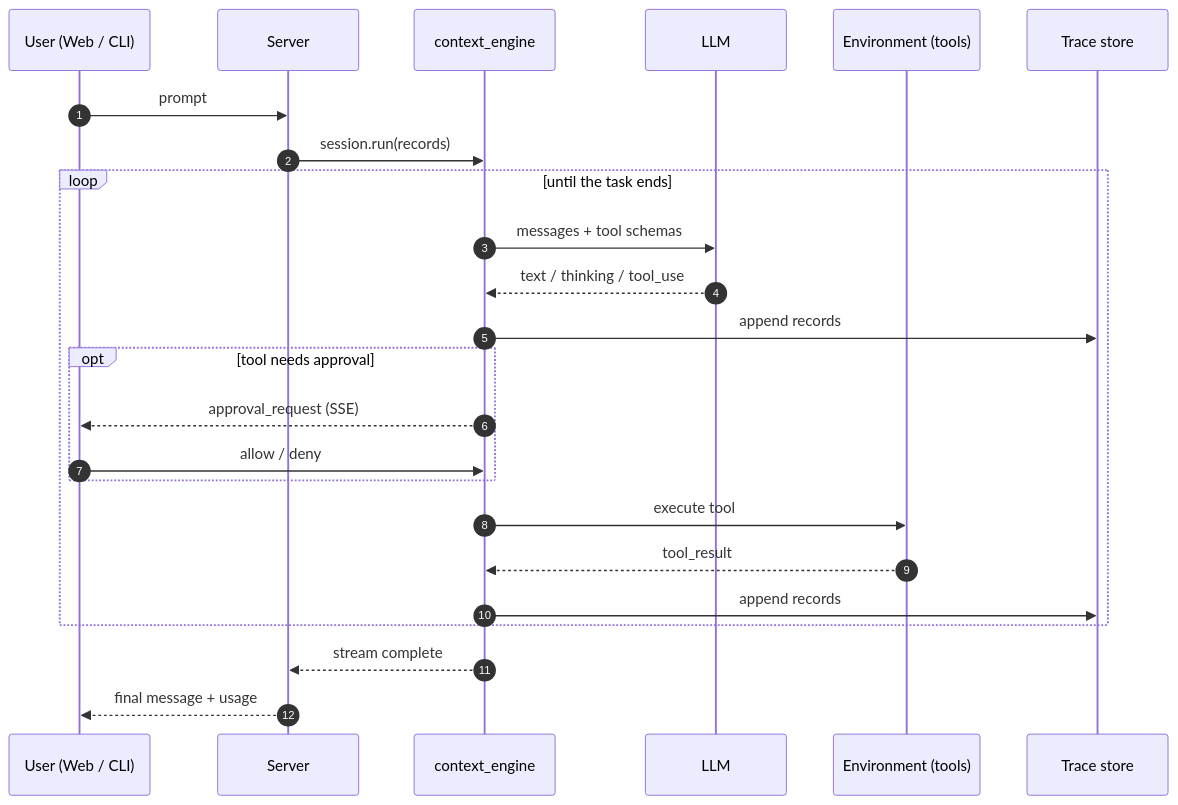
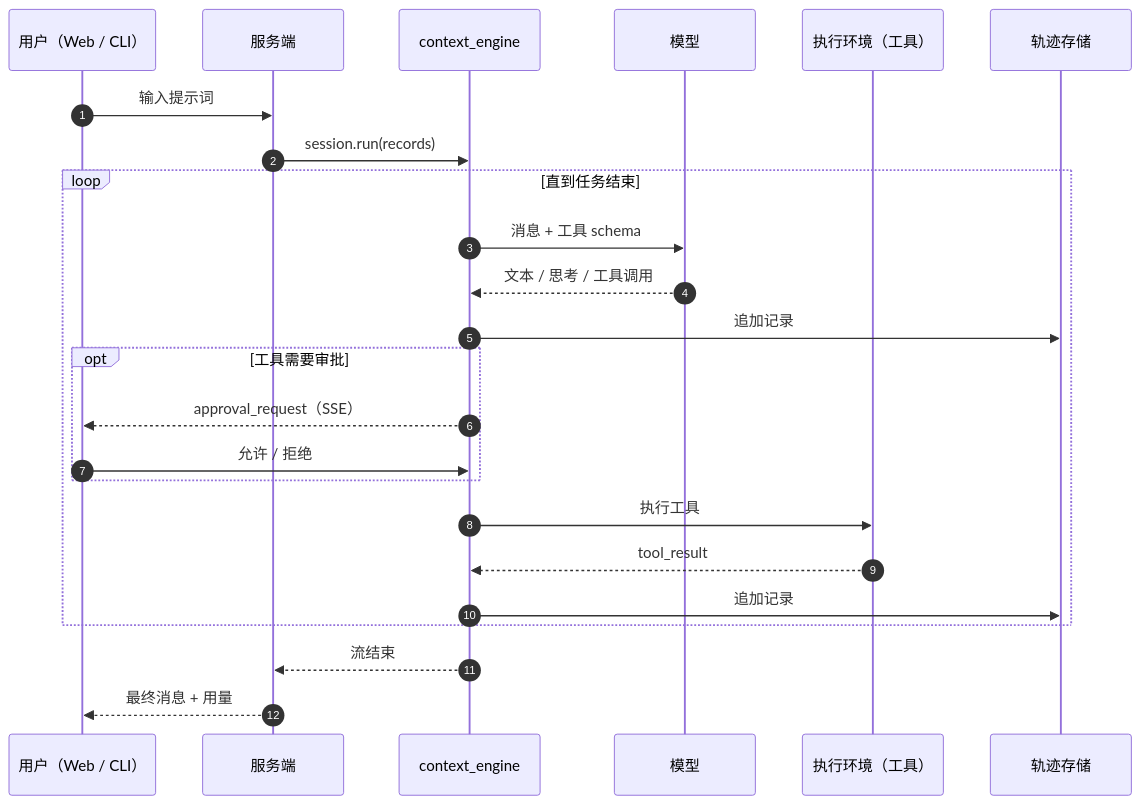
The second of 2 diagrams in README.md (gqallen931/niceagent), drawn with Mermaid before and after one commit. The commit also changed other lines of this file and 15 other files, not shown here.

````diff
--- a/README.md
+++ b/README.md
@@ -262,27 +255,27 @@
 ```mermaid
 sequenceDiagram
   autonumber
-  participant U as User (Web / CLI)
-  participant S as Server
+  participant U as 用户（Web / CLI）
+  participant S as 服务端
   participant E as context_engine
-  participant L as LLM
-  participant X as Environment (tools)
-  participant F as Trace store
+  participant L as 模型
+  participant X as 执行环境（工具）
+  participant F as 轨迹存储
 
-  U->>S: prompt
+  U->>S: 输入提示词
   S->>E: session.run(records)
-  loop until the task ends
-    E->>L: messages + tool schemas
-    L-->>E: text / thinking / tool_use
-    E->>F: append records
-    opt tool needs approval
-      E-->>U: approval_request (SSE)
-      U->>E: allow / deny
+  loop 直到任务结束
+    E->>L: 消息 + 工具 schema
+    L-->>E: 文本 / 思考 / 工具调用
+    E->>F: 追加记录
+    opt 工具需要审批
+      E-->>U: approval_request（SSE）
+      U->>E: 允许 / 拒绝
     end
-    E->>X: execute tool
+    E->>X: 执行工具
     X-->>E: tool_result
-    E->>F: append records
+    E->>F: 追加记录
   end
-  E-->>S: stream complete
-  S-->>U: final message + usage
+  E-->>S: 流结束
+  S-->>U: 最终消息 + 用量
 ```
````
